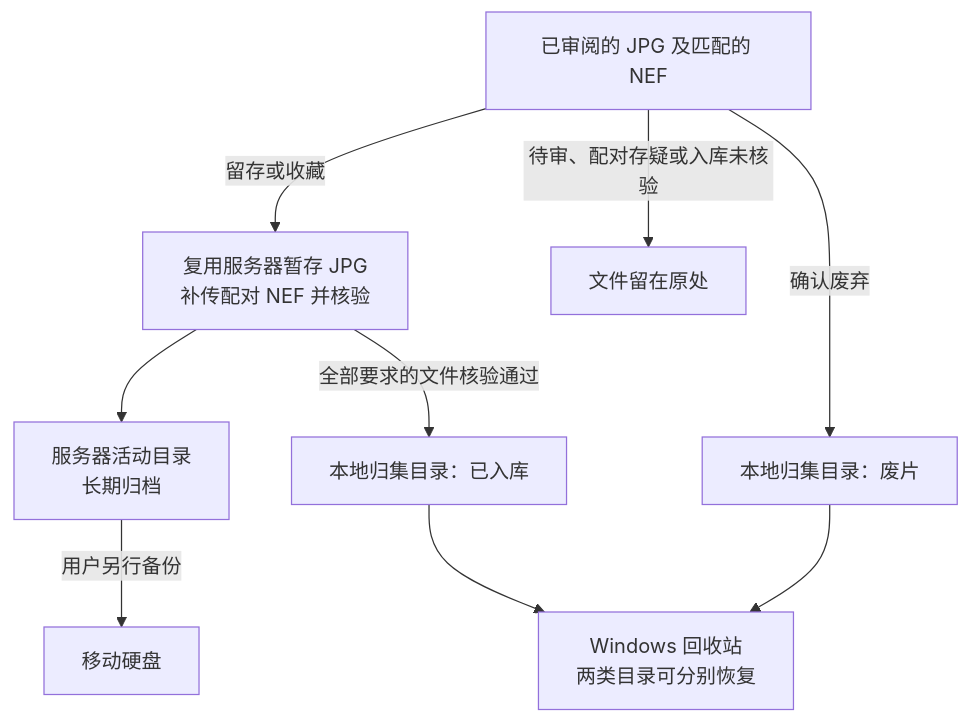
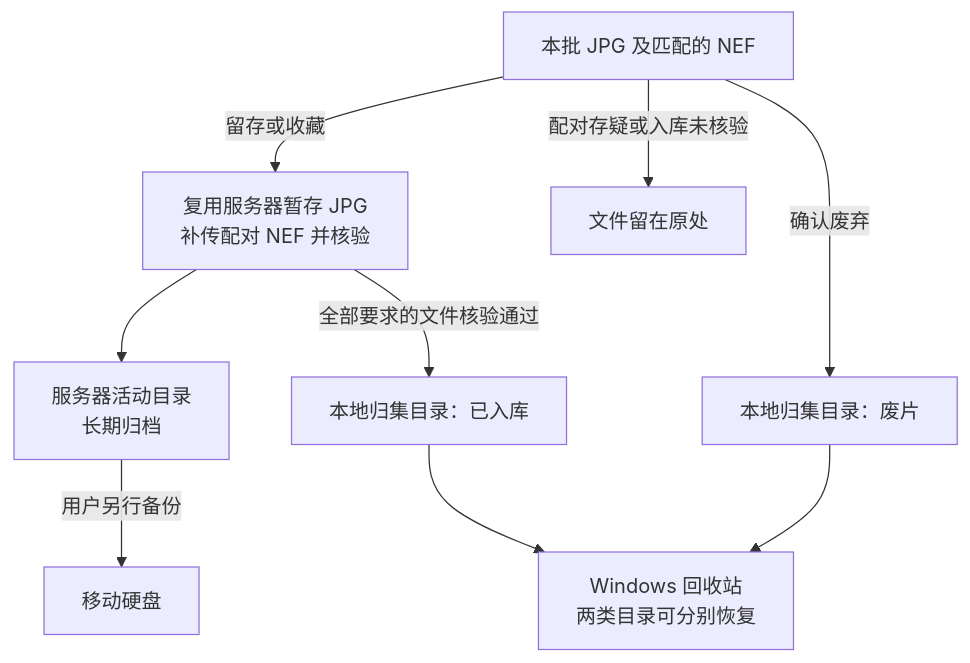
Before and after one commit to pancake-lee/photo-agent: the second of 4 diagrams in docs/design-docs/2026-11-13-1-autocull-import-design.md, drawn with Mermaid. The commit also changed other lines of this file and 27 other files, not shown here.

````diff
--- a/docs/design-docs/2026-11-13-1-autocull-import-design.md
+++ b/docs/design-docs/2026-11-13-1-autocull-import-design.md
@@ -33,11 +34,11 @@
 ```mermaid
 flowchart TD
-    A["已审阅的 JPG 及匹配的 NEF"] -->|留存或收藏| U["复用服务器暂存 JPG<br/>补传配对 NEF 并核验"]
+    A["本批 JPG 及匹配的 NEF"] -->|留存或收藏| U["复用服务器暂存 JPG<br/>补传配对 NEF 并核验"]
     U --> S["服务器活动目录<br/>长期归档"]
     S -->|用户另行备份| B["移动硬盘"]
     U -->|全部要求的文件核验通过| Q["本地归集目录：已入库"]
     A -->|确认废弃| T["本地归集目录：废片"]
     Q --> R["Windows 回收站<br/>两类目录可分别恢复"]
     T --> R
-    A -->|待审、配对存疑或入库未核验| H["文件留在原处"]
+    A -->|配对存疑或入库未核验| H["文件留在原处"]
 ```
````
